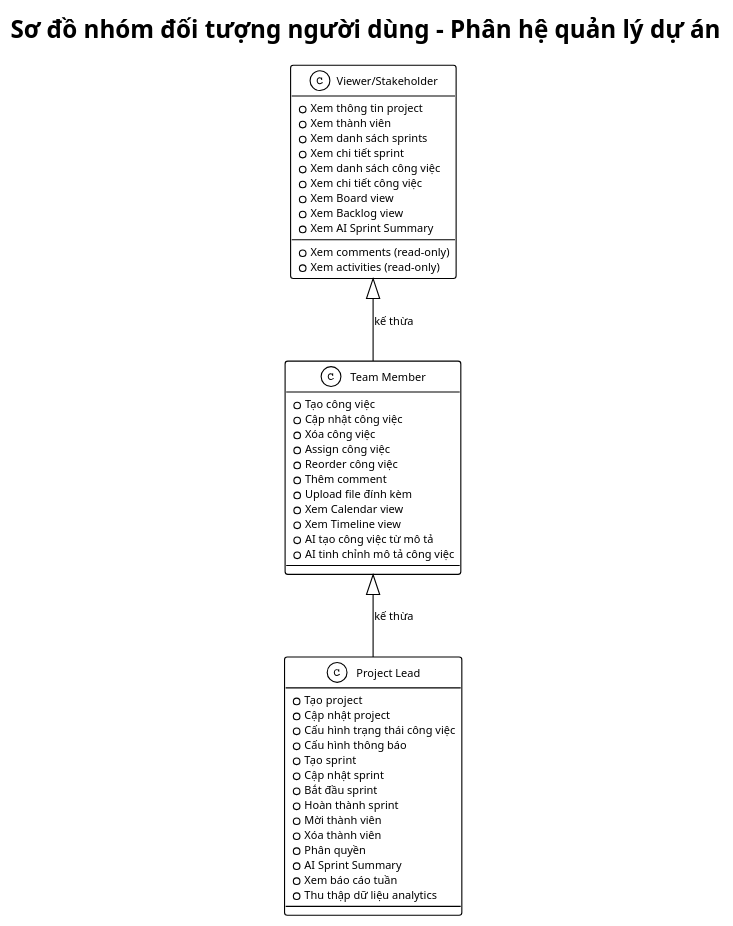
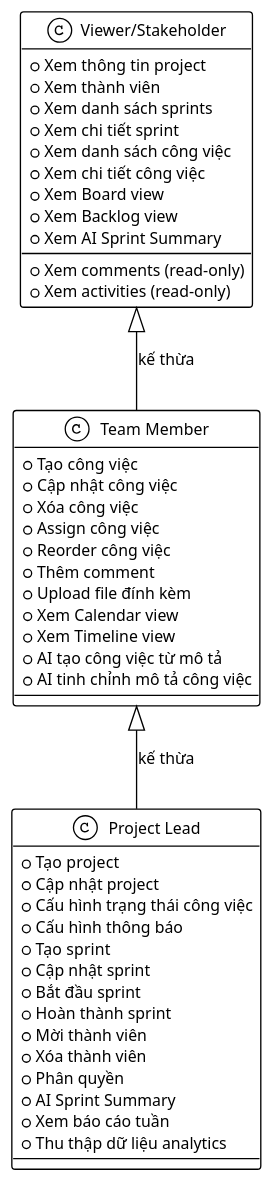
One commit to toantran292/datn changed the diagram in reports/dat-examples/report/images/user_groups.puml. Above: the diagram before and after it, drawn with PlantUML. The commit also changed 51 other files, not shown here.

```diff
--- a/reports/dat-examples/report/images/user_groups.puml
+++ b/reports/dat-examples/report/images/user_groups.puml
@@ -1,58 +1,57 @@
 @startuml user_groups
 !theme plain
+scale 1.2
 skinparam backgroundColor white
-skinparam classFontSize 11
-skinparam defaultFontSize 10
+skinparam classFontSize 13
+skinparam defaultFontSize 12
 skinparam rectangleBorderThickness 2
-
-title Sơ đồ nhóm đối tượng người dùng - Phân hệ quản lý dự án
 
 class "Viewer/Stakeholder" as Viewer {
     + Xem thông tin project
     + Xem thành viên
     + Xem danh sách sprints
     + Xem chi tiết sprint
     + Xem danh sách công việc
     + Xem chi tiết công việc
     + Xem comments (read-only)
     + Xem activities (read-only)
     + Xem Board view
     + Xem Backlog view
     + Xem AI Sprint Summary
 }
 
 class "Team Member" as TeamMember {
     + Tạo công việc
     + Cập nhật công việc
     + Xóa công việc
     + Assign công việc
     + Reorder công việc
     + Thêm comment
     + Upload file đính kèm
     + Xem Calendar view
     + Xem Timeline view
     + AI tạo công việc từ mô tả
     + AI tinh chỉnh mô tả công việc
 }
 
 class "Project Lead" as Lead {
     + Tạo project
     + Cập nhật project
     + Cấu hình trạng thái công việc
     + Cấu hình thông báo
     + Tạo sprint
     + Cập nhật sprint
     + Bắt đầu sprint
     + Hoàn thành sprint
     + Mời thành viên
     + Xóa thành viên
     + Phân quyền
     + AI Sprint Summary
     + Xem báo cáo tuần
     + Thu thập dữ liệu analytics
 }
 
 Viewer <|-- TeamMember : kế thừa
 TeamMember <|-- Lead : kế thừa
 
 @enduml
```
